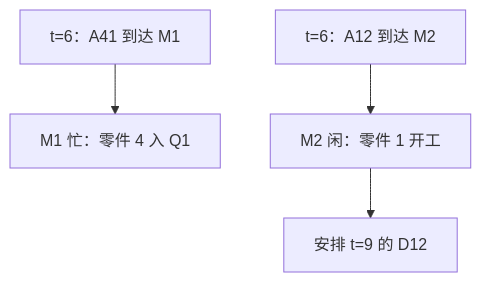
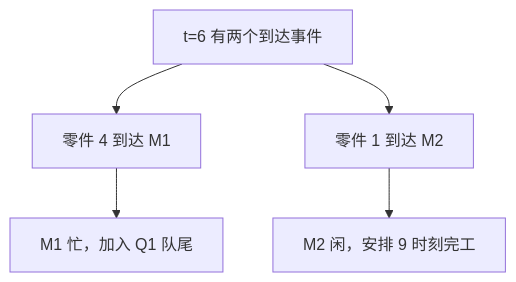
Before and after one commit to ZeyuYu713/system-simulation-learning: the third of 3 diagrams in manual-event-simulation/03-fel-ledger.md, drawn with Mermaid. The commit also changed other lines of this file, not shown here.

````diff
--- a/manual-event-simulation/03-fel-ledger.md
+++ b/manual-event-simulation/03-fel-ledger.md
@@ -58,6 +176,7 @@
 ```mermaid
 flowchart TD
-  A["t=6：A41 到达 M1"] --> B["M1 忙：零件 4 入 Q1"]
-  C["t=6：A12 到达 M2"] --> D["M2 闲：零件 1 开工"]
-  D --> E["安排 t=9 的 D12"]
+  A["t=6 有两个到达事件"] --> B["零件 4 到达 M1"]
+  A --> C["零件 1 到达 M2"]
+  B --> D["M1 忙，加入 Q1 队尾"]
+  C --> E["M2 闲，安排 9 时刻完工"]
 ```
````
